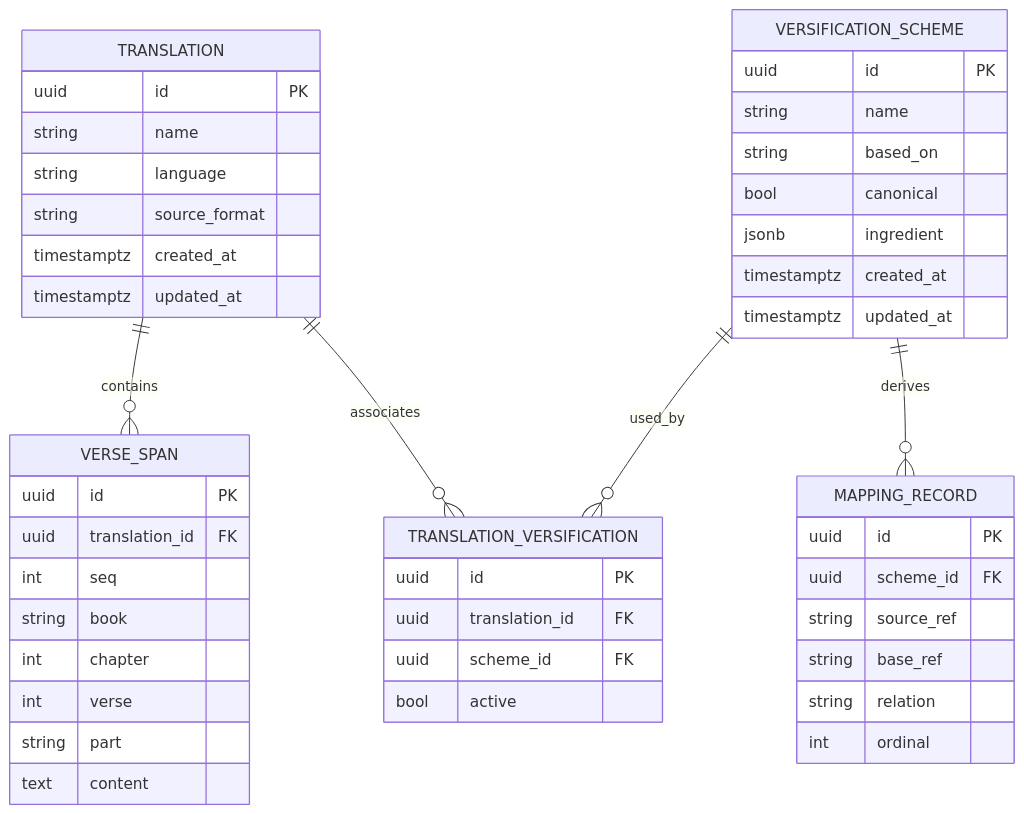
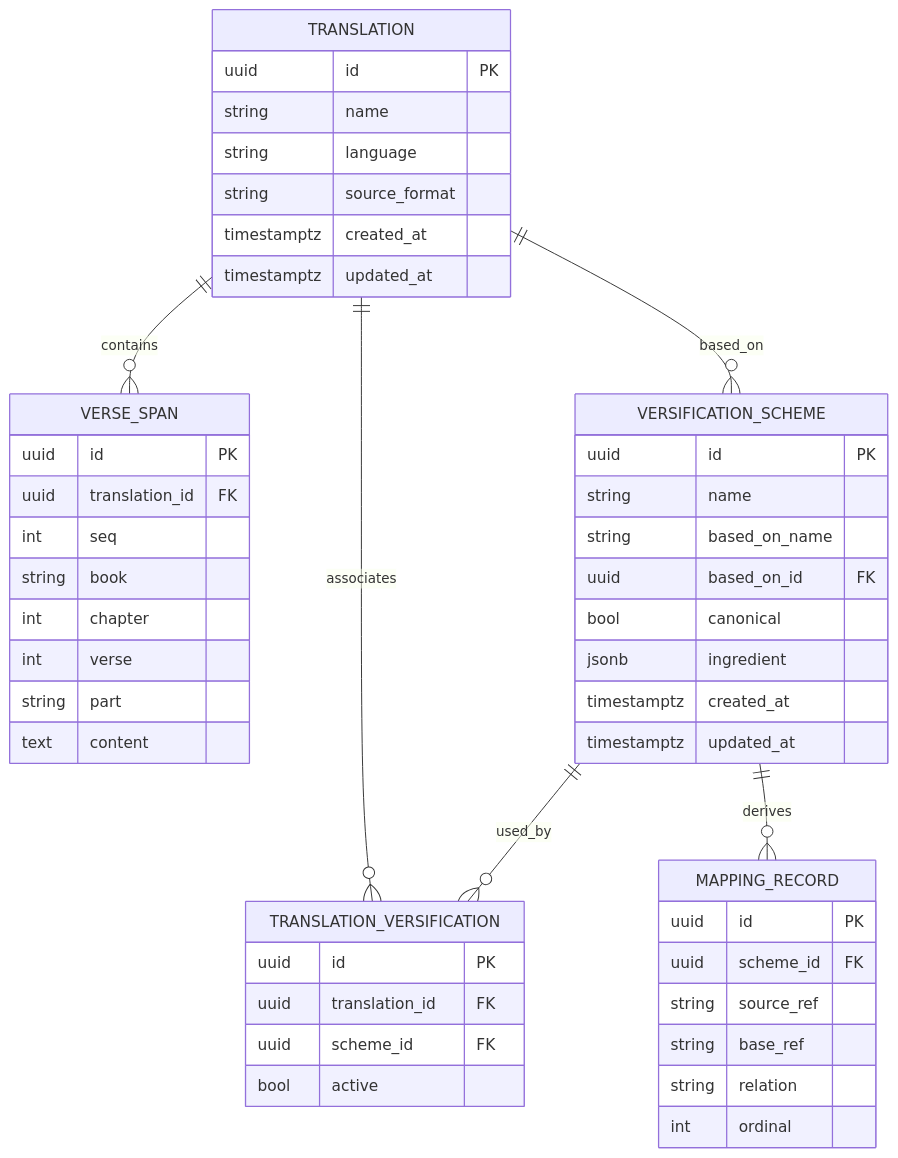
Before and after one commit to genesis-ai-dev/versification-tool: the second of 4 diagrams in .spec/frvt-3-server-db-api-design-1.md, drawn with Mermaid. The commit also changed other lines of this file and 3 other files, not shown here.

````diff
--- a/.spec/frvt-3-server-db-api-design-1.md
+++ b/.spec/frvt-3-server-db-api-design-1.md
@@ -237,49 +237,51 @@
 ```mermaid
 erDiagram
   TRANSLATION ||--o{ VERSE_SPAN : contains
   TRANSLATION ||--o{ TRANSLATION_VERSIFICATION : associates
+  TRANSLATION ||--o{ VERSIFICATION_SCHEME : "based_on"
   VERSIFICATION_SCHEME ||--o{ TRANSLATION_VERSIFICATION : used_by
   VERSIFICATION_SCHEME ||--o{ MAPPING_RECORD : derives
 
   TRANSLATION {
     uuid id PK
     string name
     string language
     string source_format
     timestamptz created_at
     timestamptz updated_at
   }
   VERSE_SPAN {
     uuid id PK
     uuid translation_id FK
     int seq
     string book
     int chapter
     int verse
     string part
     text content
   }
   VERSIFICATION_SCHEME {
     uuid id PK
     string name
-    string based_on
+    string based_on_name
+    uuid based_on_id FK
     bool canonical
     jsonb ingredient
     timestamptz created_at
     timestamptz updated_at
   }
   TRANSLATION_VERSIFICATION {
     uuid id PK
     uuid translation_id FK
     uuid scheme_id FK
     bool active
   }
   MAPPING_RECORD {
     uuid id PK
     uuid scheme_id FK
     string source_ref
     string base_ref
     string relation
     int ordinal
   }
 ```
````
